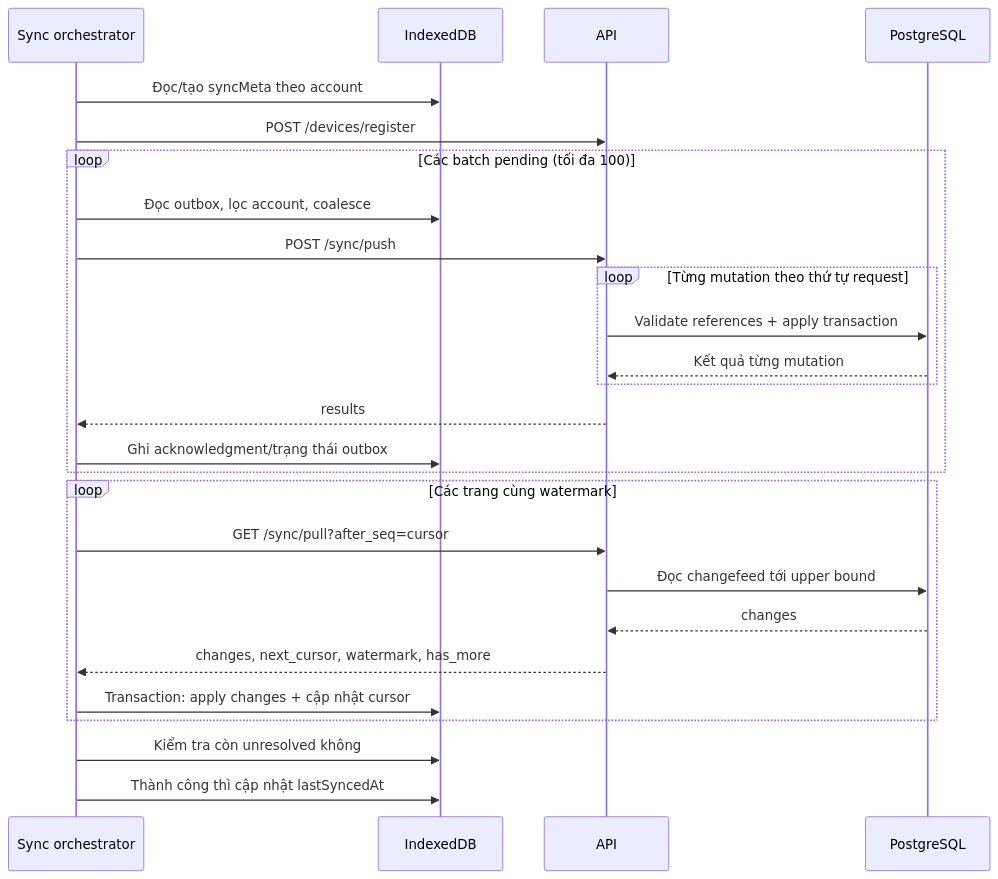
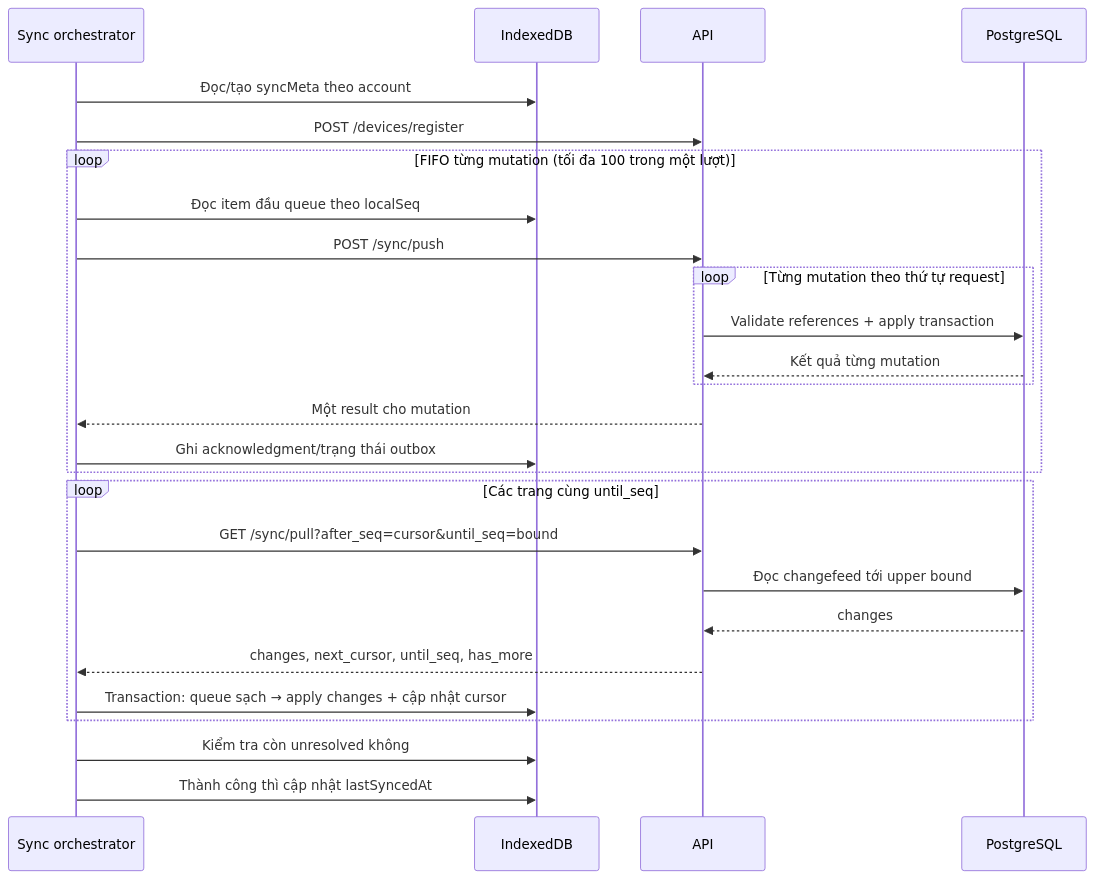
The second of 2 diagrams in .docs/system-flow.md (quoctann/vehicle-care), drawn with Mermaid before and after one commit. The commit also changed other lines of this file and 71 other files, not shown here.

````diff
--- a/.docs/system-flow.md
+++ b/.docs/system-flow.md
@@ -226,28 +226,28 @@
 ```mermaid
 sequenceDiagram
     participant S as Sync orchestrator
     participant L as IndexedDB
     participant A as API
     participant P as PostgreSQL
     S->>L: Đọc/tạo syncMeta theo account
     S->>A: POST /devices/register
-    loop Các batch pending (tối đa 100)
-        S->>L: Đọc outbox, lọc account, coalesce
+    loop FIFO từng mutation (tối đa 100 trong một lượt)
+        S->>L: Đọc item đầu queue theo localSeq
         S->>A: POST /sync/push
         loop Từng mutation theo thứ tự request
             A->>P: Validate references + apply transaction
             P-->>A: Kết quả từng mutation
         end
-        A-->>S: results
+        A-->>S: Một result cho mutation
         S->>L: Ghi acknowledgment/trạng thái outbox
     end
-    loop Các trang cùng watermark
-        S->>A: GET /sync/pull?after_seq=cursor
+    loop Các trang cùng until_seq
+        S->>A: GET /sync/pull?after_seq=cursor&until_seq=bound
         A->>P: Đọc changefeed tới upper bound
         P-->>A: changes
-        A-->>S: changes, next_cursor, watermark, has_more
-        S->>L: Transaction: apply changes + cập nhật cursor
+        A-->>S: changes, next_cursor, until_seq, has_more
+        S->>L: Transaction: queue sạch → apply changes + cập nhật cursor
     end
     S->>L: Kiểm tra còn unresolved không
     S->>L: Thành công thì cập nhật lastSyncedAt
 ```
````
